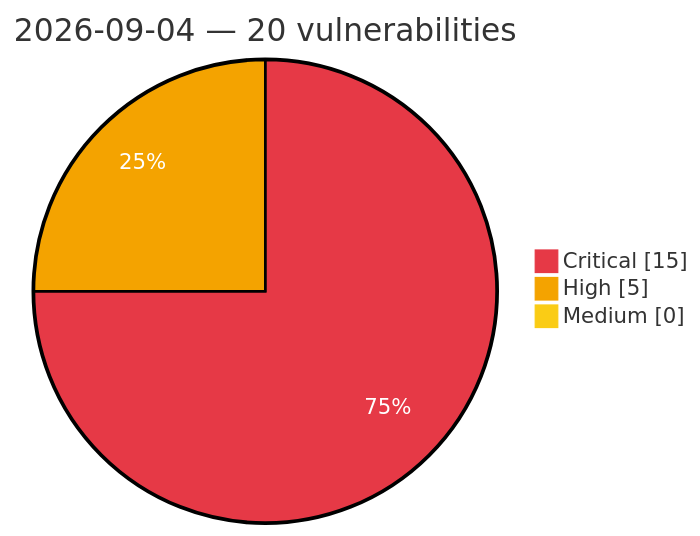
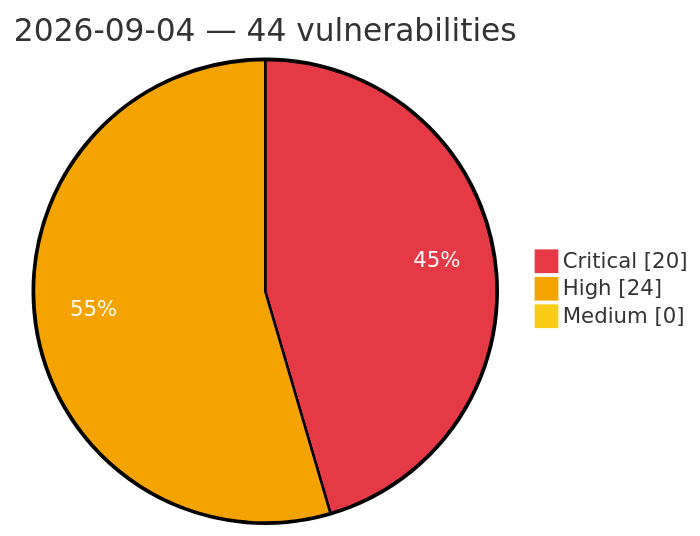
Before and after one commit to GhostX0X/vuln-tracker: the diagram in vulnerabilities/2026/September/2026-09-04.md, drawn with Mermaid. The commit also changed other lines of this file and 5 other files, not shown here.

Commit message:
Auto update: critical/high vulns (2026-09-04 13:59 UTC)

````diff
--- a/vulnerabilities/2026/September/2026-09-04.md
+++ b/vulnerabilities/2026/September/2026-09-04.md
@@ -3,8 +3,8 @@
 ```mermaid
 %%{init: {'theme':'base', 'themeVariables': {'pie1':'#e63946', 'pie2':'#f4a300', 'pie3':'#facc15', 'pieOpacity':'1', 'pieOuterStrokeWidth':'2px', 'pieSectionTextColor':'#ffffff'}}}%%
 pie showData
-    title 2026-09-04 — 20 vulnerabilities
-    "Critical" : 15
-    "High" : 5
+    title 2026-09-04 — 44 vulnerabilities
+    "Critical" : 20
+    "High" : 24
     "Medium" : 0
 ```
````
